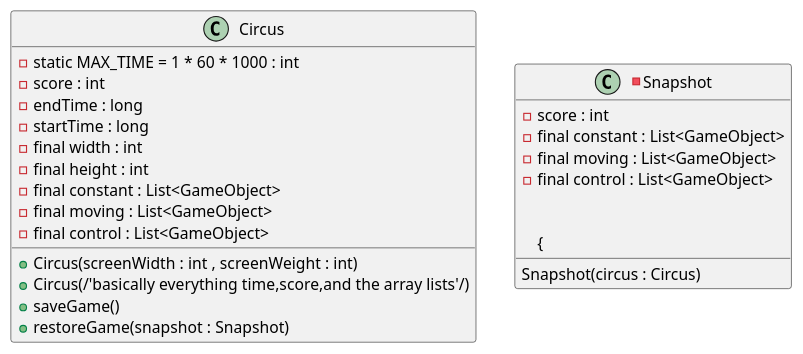
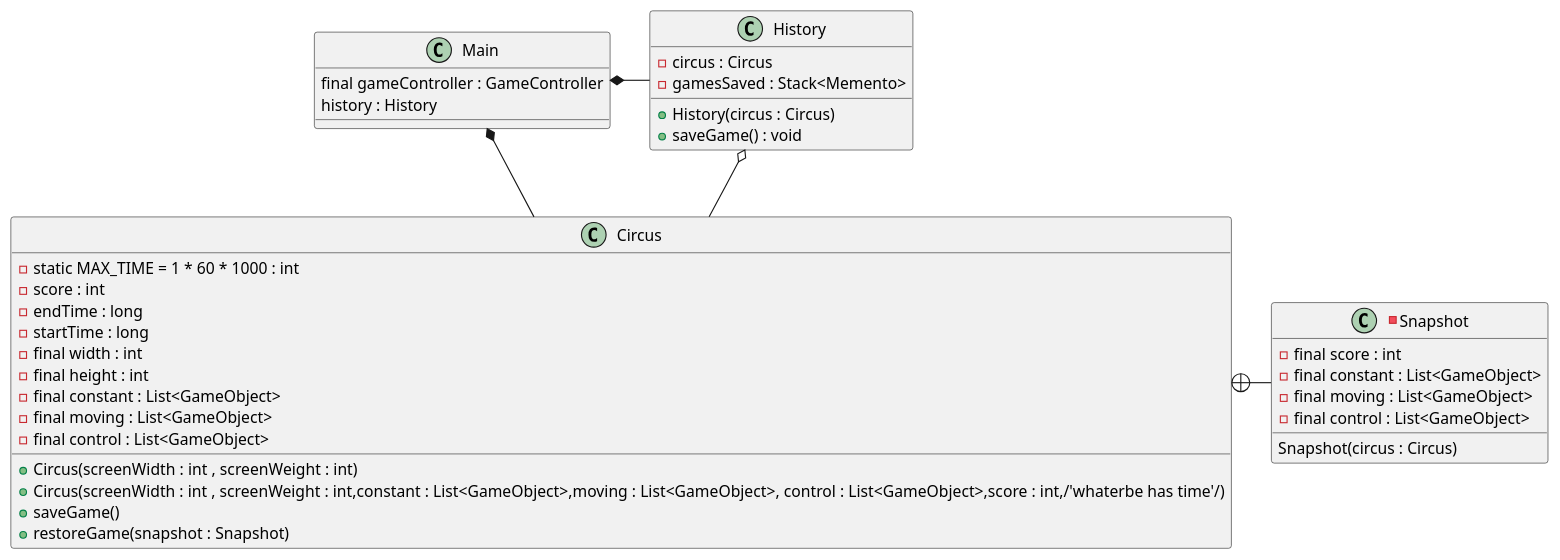
Before and after one commit to shadyalattarr/Circus-of-Plates: the diagram in UML/Design Patterns/SaveGameMemento.wsd, drawn with PlantUML.

Commit message:
memento need revision

```diff
--- a/UML/Design Patterns/SaveGameMemento.wsd
+++ b/UML/Design Patterns/SaveGameMemento.wsd
@@ -1,38 +1,53 @@
 @startuml SaveGameMemento
 
-class Circus{ /'Originator'/
+class Circus{ /'Originator want to change this'/
     -static MAX_TIME = 1 * 60 * 1000 : int
     -score : int
     -endTime : long
     -startTime : long
     -final width : int
     -final height : int
     -final constant : List<GameObject>
     -final moving : List<GameObject>
     -final control : List<GameObject>
 
 
-    
-
     +Circus(screenWidth : int , screenWeight : int)
-    +Circus(/'basically everything time,score,and the array lists'/)
+    +Circus(screenWidth : int , screenWeight : int,constant : List<GameObject>,moving : List<GameObject>, control : List<GameObject>,score : int,/'whaterbe has time'/)
     +saveGame()
     +restoreGame(snapshot : Snapshot)
 }
 
 /'Memento'/
 -class Snapshot{
     /'whatever holds current time?'/
-    -score : int
+    -final score : int
     -final constant : List<GameObject>
     -final moving : List<GameObject>
     -final control : List<GameObject>
 
 
     Snapshot(circus : Circus)
-    {
-
-    }
 }
 
+
+/'caretaker is main?'/
+class History{
+    -circus : Circus
+    -gamesSaved : Stack<Memento>
+
+    +History(circus : Circus)
+    +saveGame() : void
+}
+
+class Main/'want to change this'/
+{
+    final gameController : GameController
+    history : History
+}
+Circus +- Snapshot
+History o-- Circus  
+Main *- History
+Main *-- Circus
+
 @enduml
```
